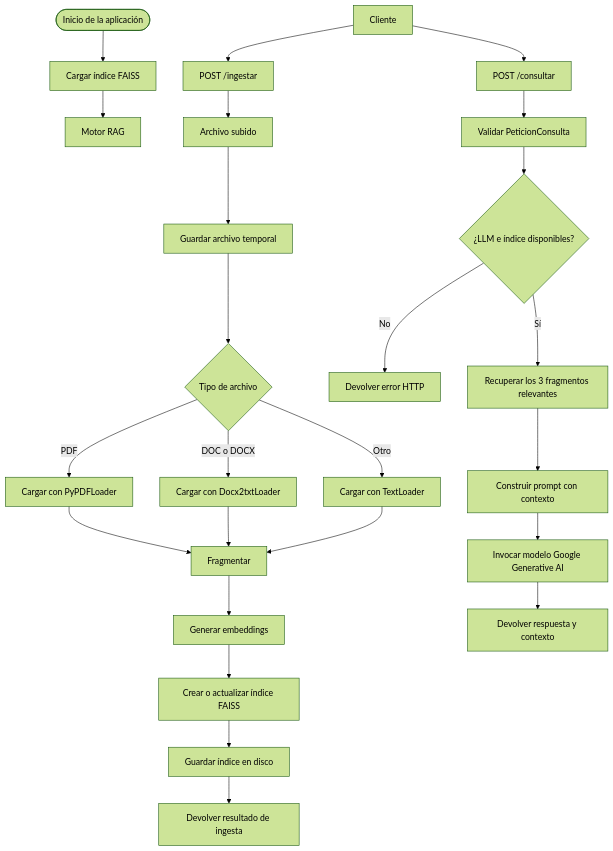
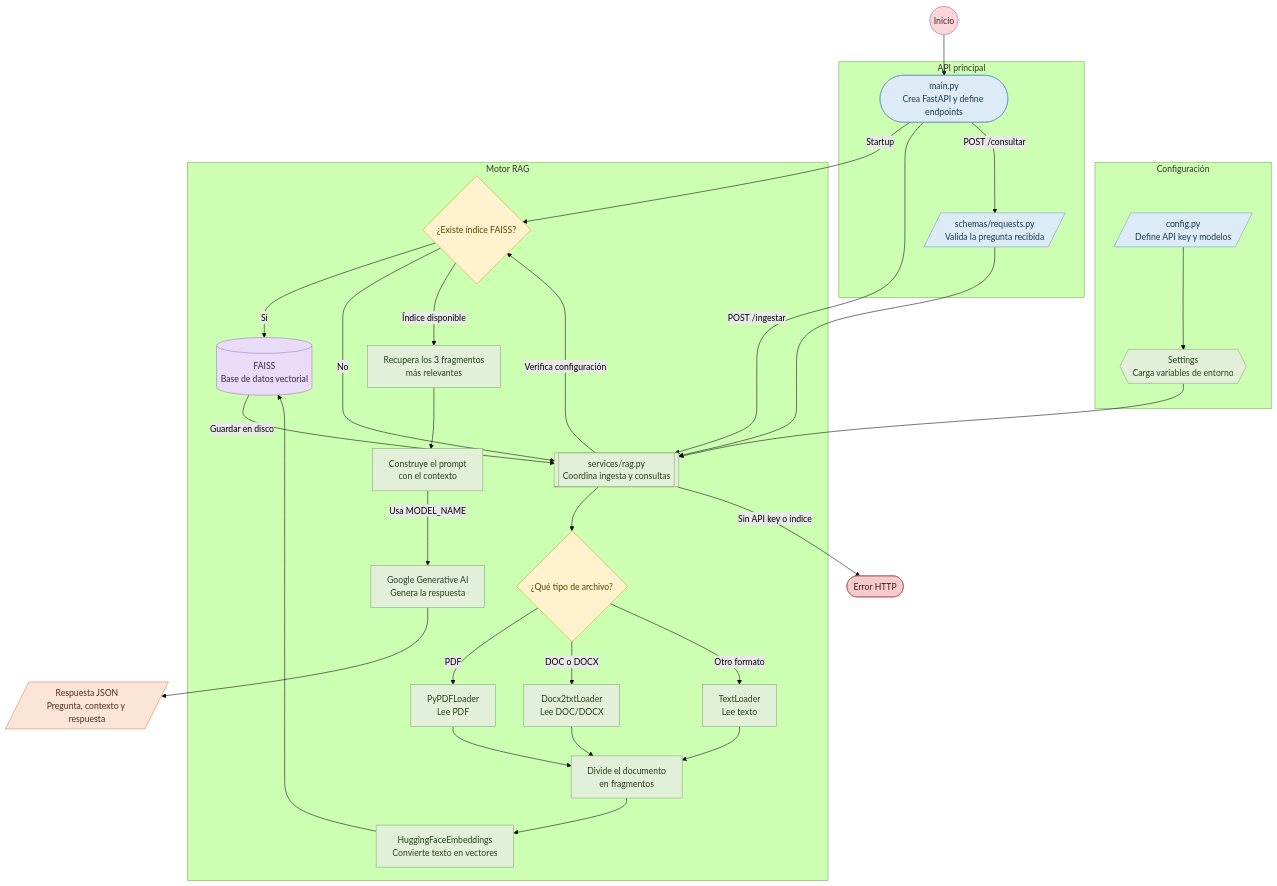
The diagram in flowchart/flowchart.mmd (RobbeAlex/DocuMind_AI), drawn with Mermaid (forest theme) before and after one commit.

Commit message:
Actualizar diagrama de flujo para incluir la configuración, API principal y motor RAG

```diff
--- a/flowchart/flowchart.mmd
+++ b/flowchart/flowchart.mmd
@@ -1,33 +1,76 @@
 flowchart TD
-    Cliente["Cliente"] --> Ingesta["POST /ingestar"]
-    Cliente --> Consulta["POST /consultar"]
+    Inicio(("Inicio"))
 
-    Inicio(["Inicio de la aplicación"]) --> Cargar["Cargar índice FAISS"]
-    Cargar --> Motor["Motor RAG"]
+    subgraph Configuracion["Configuración"]
+        Config[/config.py<br/>Define API key y modelos/]
+        Settings{{"Settings<br/>Carga variables de entorno"}}
+        Config --> Settings
+    end
 
-    Ingesta --> Archivo["Archivo subido"]
-    Archivo --> Temporal["Guardar archivo temporal"]
-    Temporal --> Tipo{"Tipo de archivo"}
+    subgraph API["API principal"]
+        Main(["main.py<br/>Crea FastAPI y define endpoints"])
+        Peticion[/schemas/requests.py<br/>Valida la pregunta recibida/]
+    end
 
-    Tipo -->|PDF| PDF["Cargar con PyPDFLoader"]
-    Tipo -->|DOC o DOCX| DOCX["Cargar con Docx2txtLoader"]
-    Tipo -->|Otro| Texto["Cargar con TextLoader"]
+    subgraph MotorRAG["Motor RAG"]
+        Rag[["services/rag.py<br/>Coordina ingesta y consultas"]]
+        Cargar{"¿Existe índice FAISS?"}
+        Tipo{"¿Qué tipo de archivo?"}
+        PDF["PyPDFLoader<br/>Lee PDF"]
+        DOCX["Docx2txtLoader<br/>Lee DOC/DOCX"]
+        Texto["TextLoader<br/>Lee texto"]
+        Fragmentar["Divide el documento<br/>en fragmentos"]
+        Embeddings["HuggingFaceEmbeddings<br/>Convierte texto en vectores"]
+        Indice[("FAISS<br/>Base de datos vectorial")]
+        Recuperar["Recupera los 3 fragmentos<br/>más relevantes"]
+        Prompt["Construye el prompt<br/>con el contexto"]
+        LLM["Google Generative AI<br/>Genera la respuesta"]
+    end
+
+    Respuesta[/Respuesta JSON<br/>Pregunta, contexto y respuesta/]
+    Error(["Error HTTP"])
+
+    Inicio --> Main
+    Settings --> Rag
+    Main -->|Startup| Cargar
+    Cargar -->|Sí| Indice
+    Cargar -->|No| Rag
+
+    Main -->|POST /ingestar| Rag
+    Rag --> Tipo
+    Tipo -->|PDF| PDF
+    Tipo -->|DOC o DOCX| DOCX
+    Tipo -->|Otro formato| Texto
 
     PDF --> Fragmentar
     DOCX --> Fragmentar
     Texto --> Fragmentar
+    Fragmentar --> Embeddings
+    Embeddings --> Indice
+    Indice -->|Guardar en disco| Rag
 
-    Fragmentar --> Embeddings["Generar embeddings"]
-    Embeddings --> Indice["Crear o actualizar índice FAISS"]
-    Indice --> Guardar["Guardar índice en disco"]
-    Guardar --> ResultadoIngesta["Devolver resultado de ingesta"]
+    Main -->|POST /consultar| Peticion
+    Peticion --> Rag
+    Rag -->|Verifica configuración| Cargar
+    Cargar -->|Índice disponible| Recuperar
+    Recuperar --> Prompt
+    Prompt -->|Usa MODEL_NAME| LLM
+    LLM --> Respuesta
 
-    Consulta --> Peticion["Validar PeticionConsulta"]
-    Peticion --> Verificar{"¿LLM e índice disponibles?"}
+    Rag -->|Sin API key o índice| Error
 
-    Verificar -->|No| Error["Devolver error HTTP"]
-    Verificar -->|Sí| Recuperar["Recuperar los 3 fragmentos relevantes"]
+    classDef inicio fill:#F8D7DA,stroke:#B85C70,color:#4A2630
+    classDef archivo fill:#DDEBF7,stroke:#6B9AC4,color:#1F3A50
+    classDef proceso fill:#E2F0D9,stroke:#82A66B,color:#29401F
+    classDef decision fill:#FFF2CC,stroke:#C9A227,color:#554500
+    classDef datos fill:#EADCF8,stroke:#9875B8,color:#38264D
+    classDef salida fill:#FCE4D6,stroke:#C9825B,color:#542D1E
+    classDef error fill:#F4CCCC,stroke:#B85450,color:#4A1715
 
-    Recuperar --> Prompt["Construir prompt con contexto"]
-    Prompt --> LLM["Invocar modelo Google Generative AI"]
-    LLM --> ResultadoConsulta["Devolver respuesta y contexto"]
+    class Inicio inicio
+    class Config,Main,Peticion archivo
+    class Settings,Rag,PDF,DOCX,Texto,Fragmentar,Embeddings,Recuperar,Prompt,LLM proceso
+    class Cargar,Tipo decision
+    class Indice datos
+    class Respuesta salida
+    class Error error
```
